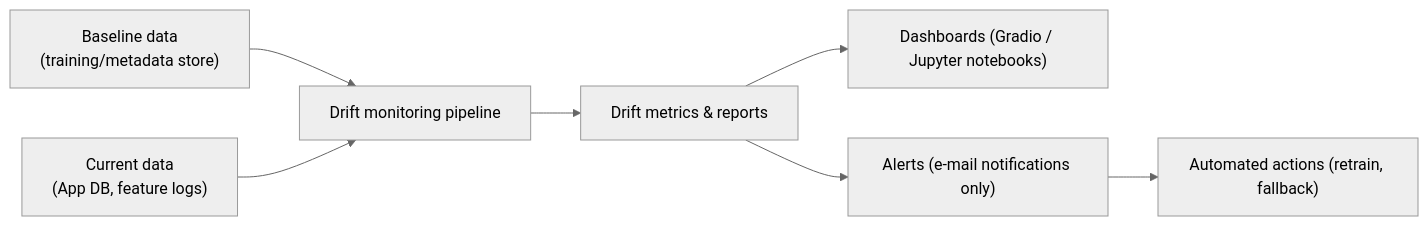
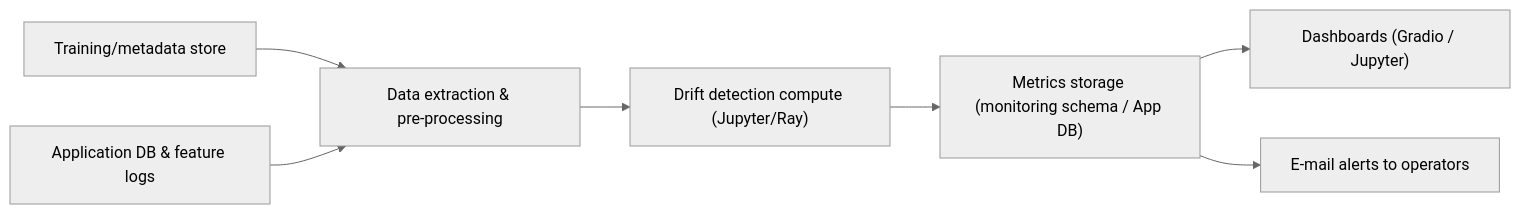
One commit to mabreyes/helm-test changed the first of 7 diagrams in integration.md. Above: the diagram before and after it, drawn with Mermaid (neutral theme). The commit also changed other lines of this file, not shown here.

````diff
--- a/integration.md
+++ b/integration.md
@@ -5,9 +5,9 @@
 ```mermaid
 flowchart LR
-    Baseline["Baseline data<br/>(training/metadata store)"] --> Monitor["Drift monitoring pipeline"]
-    Current["Current data<br/>(App DB, feature logs)"] --> Monitor
-    Monitor --> Results["Drift metrics & reports"]
-    Results --> Dashboards["Dashboards (Gradio / Jupyter notebooks)"]
-    Results --> Alerts["Alerts (e-mail notifications only)"]
-    Alerts --> Actions["Automated actions (retrain, fallback)"]
+    TrainingRepo["Training/metadata store"] --> DataAcq["Data extraction & pre‑processing"]
+    AppData["Application DB & feature logs"] --> DataAcq
+    DataAcq --> Compute["Drift detection compute (Jupyter/Ray)"]
+    Compute --> MetricsStore["Metrics storage (monitoring schema / App DB)"]
+    MetricsStore --> Dashboard["Dashboards (Gradio / Jupyter)"]
+    MetricsStore --> EmailAlert["E‑mail alerts to operators"]
 ```
````
